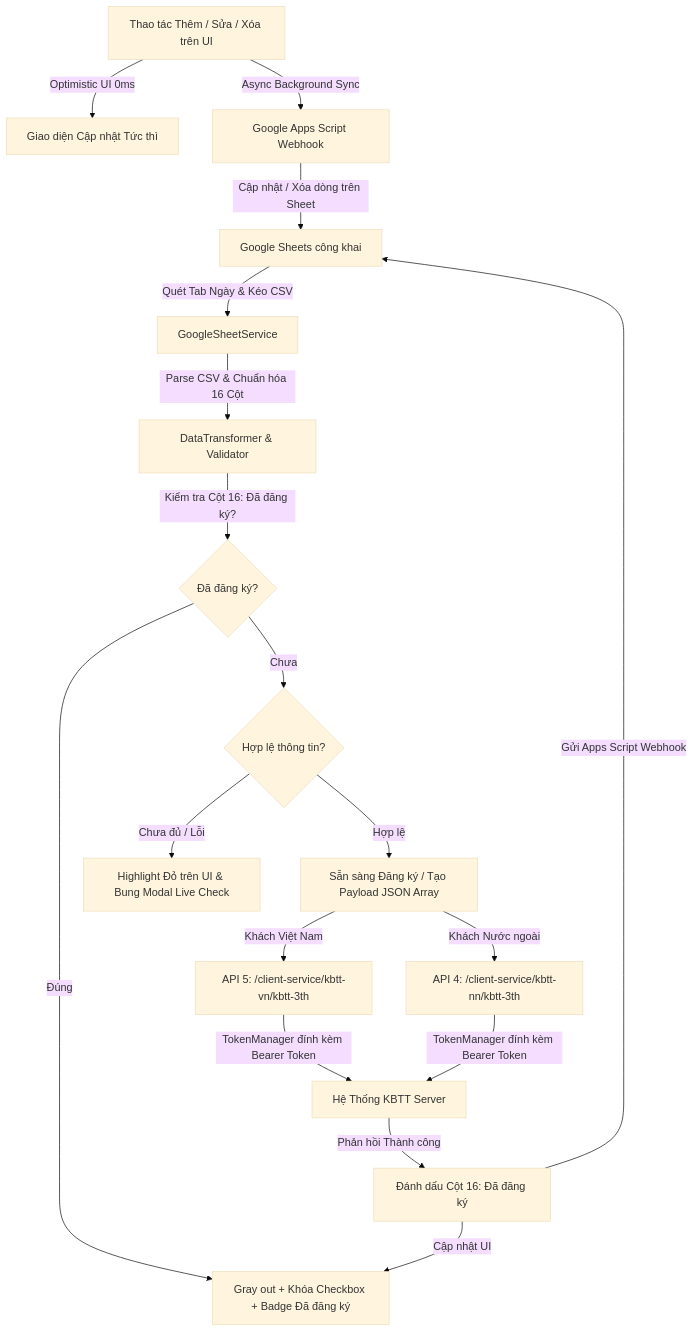
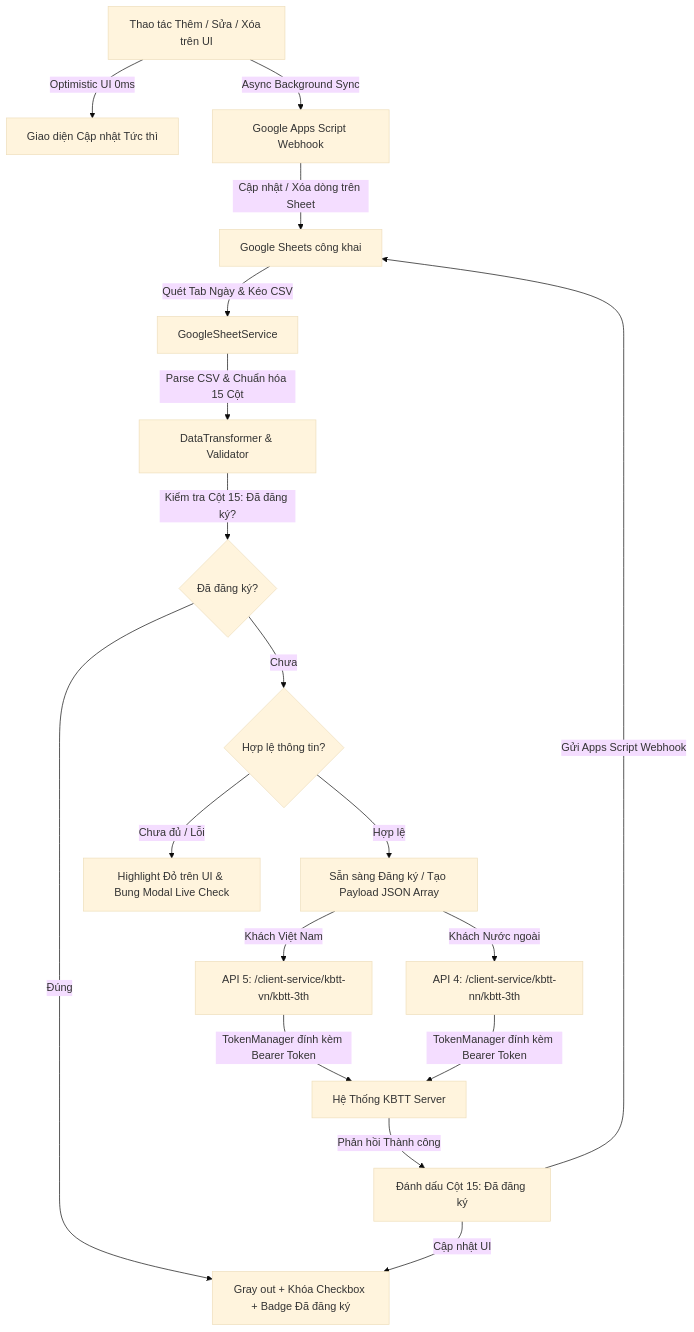
One commit to akhademik/dang-ky-luu-tru changed the diagram in README.md. Above: the diagram before and after it, drawn with Mermaid (base theme). The commit also changed other lines of this file and 14 other files, not shown here.

Commit message:
refactor: align 15-column schema and remove tenGiayTo mapping

````diff
--- a/README.md
+++ b/README.md
@@ -95,23 +95,23 @@
 ```mermaid
 flowchart TD
     A[Google Sheets công khai] -->|Quét Tab Ngày & Kéo CSV| B[GoogleSheetService]
-    B -->|Parse CSV & Chuẩn hóa 16 Cột| C[DataTransformer & Validator]
-    C -->|Kiểm tra Cột 16: Đã đăng ký?| C0{Đã đăng ký?}
+    B -->|Parse CSV & Chuẩn hóa 15 Cột| C[DataTransformer & Validator]
+    C -->|Kiểm tra Cột 15: Đã đăng ký?| C0{Đã đăng ký?}
     C0 -->|Đúng| C_LOCKED[Gray out + Khóa Checkbox + Badge Đã đăng ký]
     C0 -->|Chưa| C1{Hợp lệ thông tin?}
     
     C1 -->|Chưa đủ / Lỗi| D[Highlight Đỏ trên UI & Bung Modal Live Check]
     C1 -->|Hợp lệ| E[Sẵn sàng Đăng ký / Tạo Payload JSON Array]
     
     E -->|Khách Việt Nam| F[API 5: /client-service/kbtt-vn/kbtt-3th]
     E -->|Khách Nước ngoài| G[API 4: /client-service/kbtt-nn/kbtt-3th]
     F & G -->|TokenManager đính kèm Bearer Token| H[Hệ Thống KBTT Server]
     
-    H -->|Phản hồi Thành công| SYNC_OK[Đánh dấu Cột 16: Đã đăng ký]
+    H -->|Phản hồi Thành công| SYNC_OK[Đánh dấu Cột 15: Đã đăng ký]
     SYNC_OK -->|Gửi Apps Script Webhook| A
     SYNC_OK -->|Cập nhật UI| C_LOCKED
     
     J[Thao tác Thêm / Sửa / Xóa trên UI] -->|Optimistic UI 0ms| K[Giao diện Cập nhật Tức thì]
     J -->|Async Background Sync| L[Google Apps Script Webhook]
     L -->|Cập nhật / Xóa dòng trên Sheet| A
 ```
````
